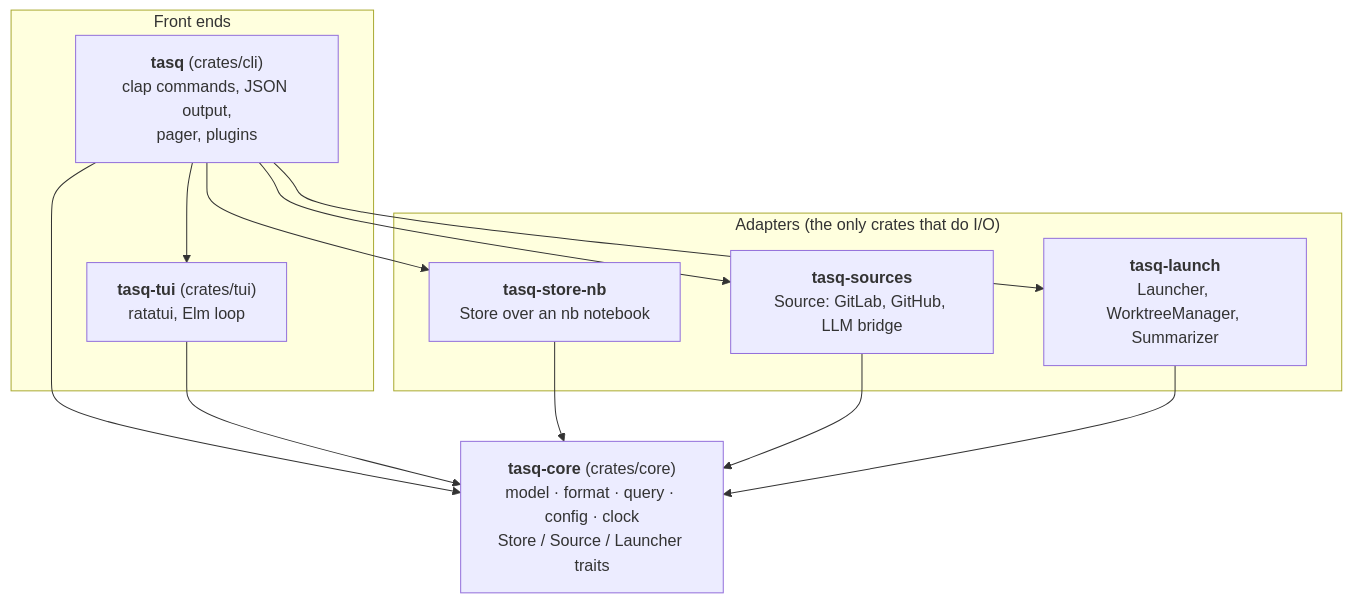
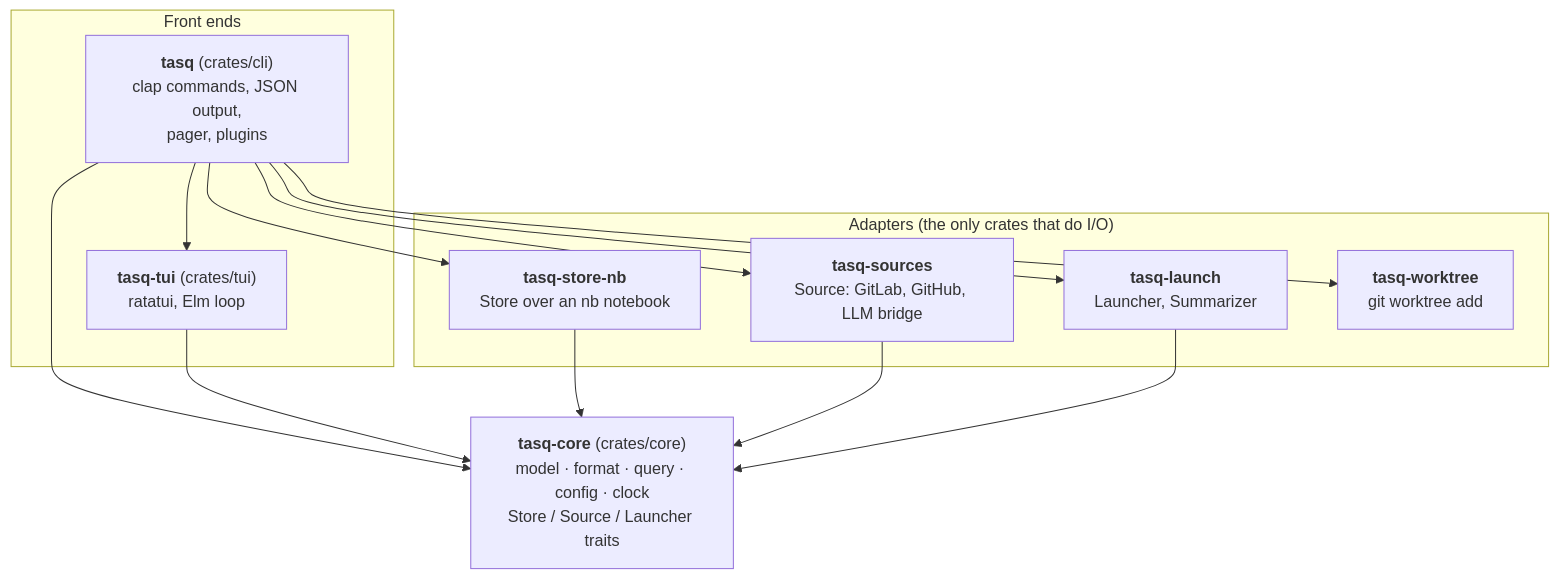
The first of 7 diagrams in docs/architecture.md (pauc/tasq), drawn with Mermaid before and after one commit. The commit also changed other lines of this file and 22 other files, not shown here.

Commit message:
feat(cli): create declared worktrees at launch and with tasq worktree up

````diff
--- a/docs/architecture.md
+++ b/docs/architecture.md
@@ -11,25 +11,27 @@
 ```mermaid
 flowchart TB
     subgraph front["Front ends"]
         cli["<b>tasq</b> (crates/cli)<br/>clap commands, JSON output,<br/>pager, plugins"]
         tui["<b>tasq-tui</b> (crates/tui)<br/>ratatui, Elm loop"]
     end
 
     subgraph adapters["Adapters (the only crates that do I/O)"]
         store["<b>tasq-store-nb</b><br/>Store over an nb notebook"]
         sources["<b>tasq-sources</b><br/>Source: GitLab, GitHub, LLM bridge"]
-        launch["<b>tasq-launch</b><br/>Launcher, WorktreeManager, Summarizer"]
+        launch["<b>tasq-launch</b><br/>Launcher, Summarizer"]
+        worktree["<b>tasq-worktree</b><br/>git worktree add"]
     end
 
     core["<b>tasq-core</b> (crates/core)<br/>model · format · query · config · clock<br/>Store / Source / Launcher traits"]
 
     cli --> store
     cli --> sources
     cli --> launch
+    cli --> worktree
     cli --> tui
     cli --> core
     tui --> core
     store --> core
     sources --> core
     launch --> core
 ```
````
